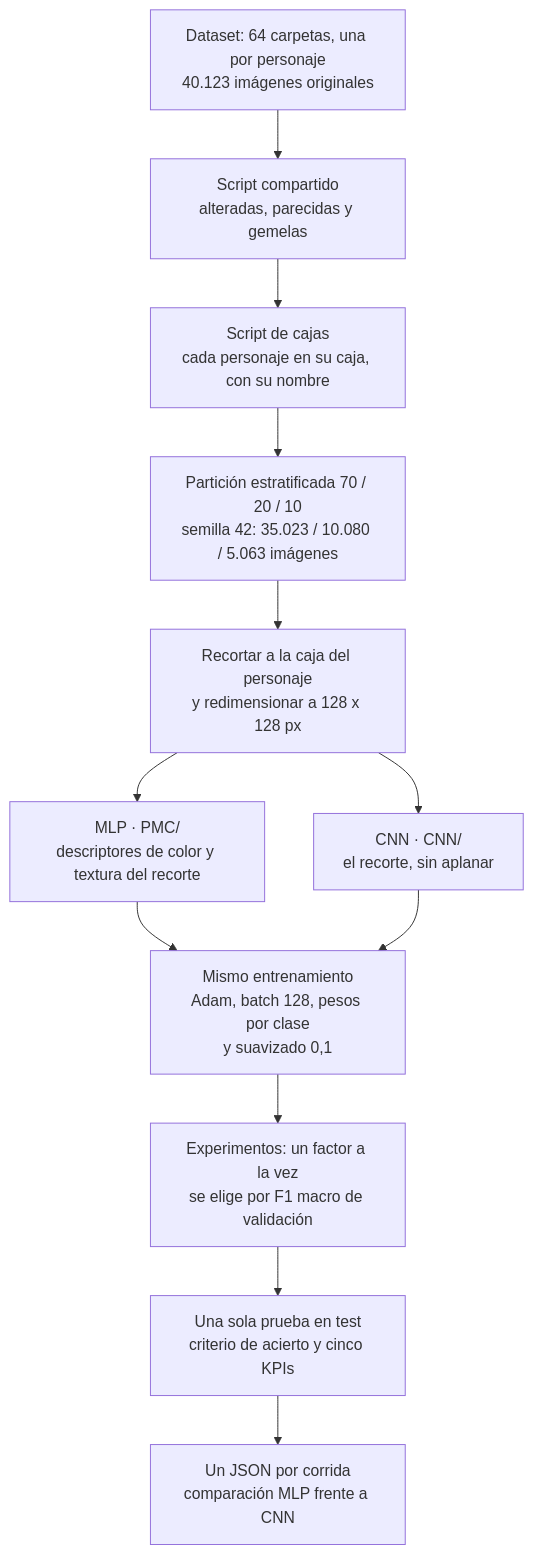
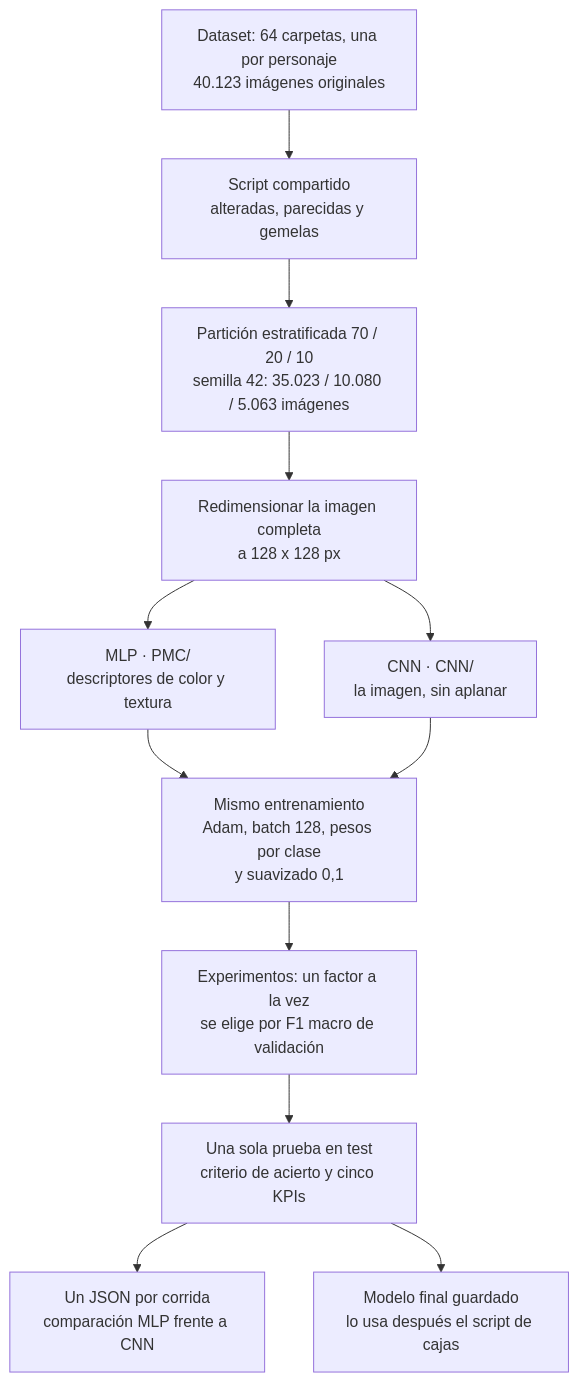
The second of 5 diagrams in README.md (ByFlopp/LosSimpsons_DeepLearning), drawn with Mermaid before and after one commit. The commit also changed other lines of this file and 225 other files, not shown here.

````diff
--- a/README.md
+++ b/README.md
@@ -47,14 +62,14 @@
 ```mermaid
 flowchart TD
     A["Dataset: 64 carpetas, una por personaje<br/>40.123 imágenes originales"] --> B["Script compartido<br/>alteradas, parecidas y gemelas"]
-    B --> K["Script de cajas<br/>cada personaje en su caja, con su nombre"]
-    K --> C["Partición estratificada 70 / 20 / 10<br/>semilla 42: 35.023 / 10.080 / 5.063 imágenes"]
-    C --> D["Recortar a la caja del personaje<br/>y redimensionar a 128 x 128 px"]
-    D --> M["MLP · PMC/<br/>descriptores de color y textura del recorte"]
-    D --> N["CNN · CNN/<br/>el recorte, sin aplanar"]
+    B --> C["Partición estratificada 70 / 20 / 10<br/>semilla 42: 35.023 / 10.080 / 5.063 imágenes"]
+    C --> D["Redimensionar la imagen completa<br/>a 128 x 128 px"]
+    D --> M["MLP · PMC/<br/>descriptores de color y textura"]
+    D --> N["CNN · CNN/<br/>la imagen, sin aplanar"]
     M --> E["Mismo entrenamiento<br/>Adam, batch 128, pesos por clase<br/>y suavizado 0,1"]
     N --> E
     E --> F["Experimentos: un factor a la vez<br/>se elige por F1 macro de validación"]
     F --> G["Una sola prueba en test<br/>criterio de acierto y cinco KPIs"]
     G --> H["Un JSON por corrida<br/>comparación MLP frente a CNN"]
+    G --> K["Modelo final guardado<br/>lo usa después el script de cajas"]
 ```
````
